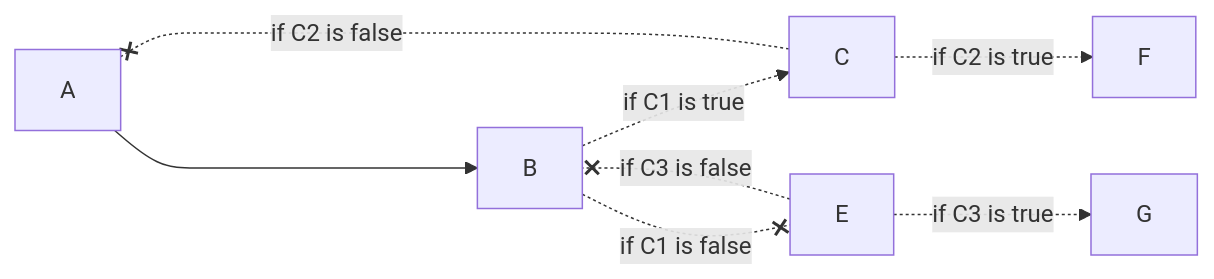
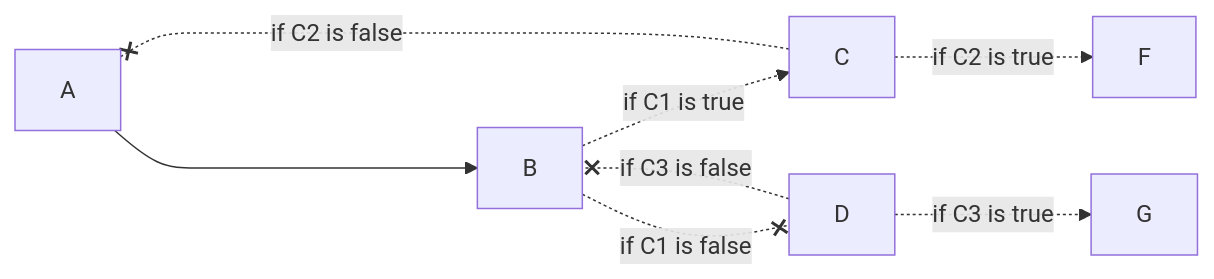
Before and after one commit to OlofMorraNavara/TemporalQuestions: the fourth of 4 diagrams in README.md, drawn with Mermaid. The commit also changed 8 other files, not shown here.

````diff
--- a/README.md
+++ b/README.md
@@ -50,10 +50,10 @@
 ```mermaid
 flowchart LR
     A ----> B
     B -.if C1 is true.-> C
     C -.if C2 is true.-> F
     C -.if C2 is false.-x A
-    B -.if C1 is false.-x E
-    E -.if C3 is true.-> G
-    E -.if C3 is false.-x B
+    B -.if C1 is false.-x D
+    D -.if C3 is true.-> G
+    D -.if C3 is false.-x B
 ```
````
